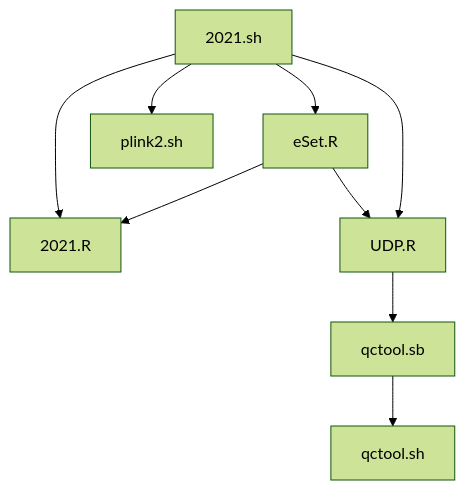
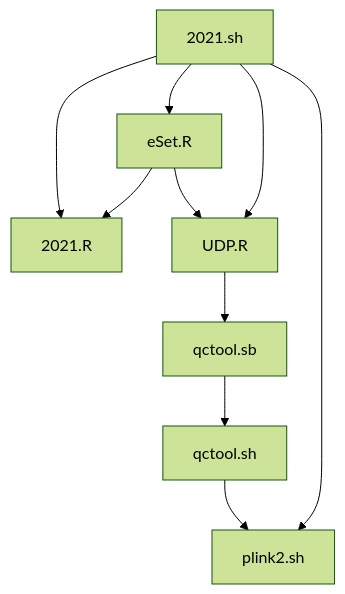
One commit to jinghuazhao/Caprion changed the second of 2 diagrams in docs/README.md. Above: the diagram before and after it, drawn with Mermaid (forest theme).

````diff
--- a/docs/README.md
+++ b/docs/README.md
@@ -51,12 +51,13 @@
 ```mermaid
 graph TB
 2021.sh
 2021.sh --> eSet.R
 2021.sh --> 2021.R
 eSet.R --> 2021.R
 eSet.R --> UDP.R
 2021.sh --> UDP.R
 UDP.R --> qctool.sb
 qctool.sb --> qctool.sh
+qctool.sh --> plink2.sh
 2021.sh --> plink2.sh
 ```
````
